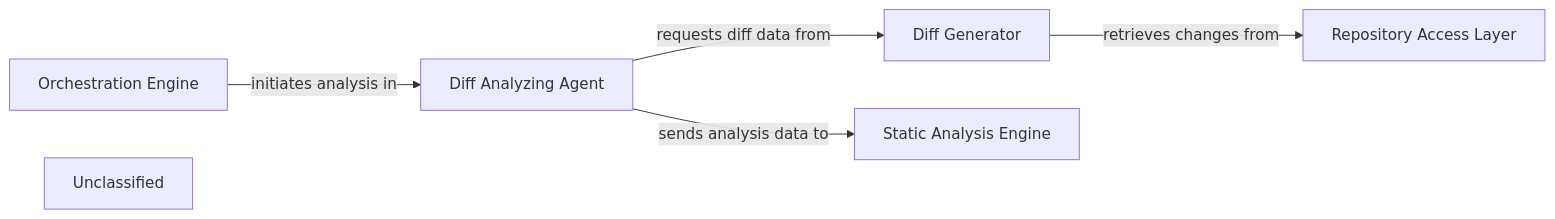
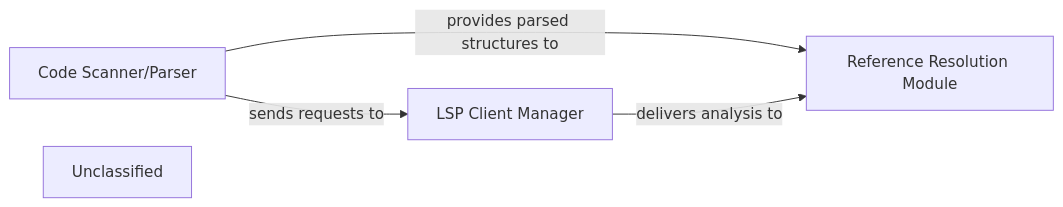
Before and after one commit to mariyam866/CodeBoarding: the fifth of 6 diagrams in docs/development/architecture.md, drawn with Mermaid. The commit also changed other lines of this file and 15 other files, not shown here.

First line of the commit message:
docs: update codeboarding documentation and generate architecture

````diff
--- a/docs/development/architecture.md
+++ b/docs/development/architecture.md
@@ -361,15 +334,10 @@
 ```mermaid
 graph LR
-    Diff_Analyzing_Agent["Diff Analyzing Agent"]
-    Diff_Generator["Diff Generator"]
-    Repository_Access_Layer["Repository Access Layer"]
-    Orchestration_Engine["Orchestration Engine"]
-    Static_Analysis_Engine["Static Analysis Engine"]
+    Code_Scanner_Parser["Code Scanner/Parser"]
+    LSP_Client_Manager["LSP Client Manager"]
+    Reference_Resolution_Module["Reference Resolution Module"]
     Unclassified["Unclassified"]
-    Orchestration_Engine -- "initiates analysis in" --> Diff_Analyzing_Agent
-    Diff_Analyzing_Agent -- "requests diff data from" --> Diff_Generator
-    Diff_Generator -- "retrieves changes from" --> Repository_Access_Layer
-    Diff_Analyzing_Agent -- "sends analysis data to" --> Static_Analysis_Engine
-    click Orchestration_Engine href "https://github.com/CodeBoarding/CodeBoarding/blob/main/.codeboarding/Orchestration_Engine.md" "Details"
-    click Static_Analysis_Engine href "https://github.com/CodeBoarding/CodeBoarding/blob/main/.codeboarding/Static_Analysis_Engine.md" "Details"
+    Code_Scanner_Parser -- "sends requests to" --> LSP_Client_Manager
+    Code_Scanner_Parser -- "provides parsed structures to" --> Reference_Resolution_Module
+    LSP_Client_Manager -- "delivers analysis to" --> Reference_Resolution_Module
 ```
````
